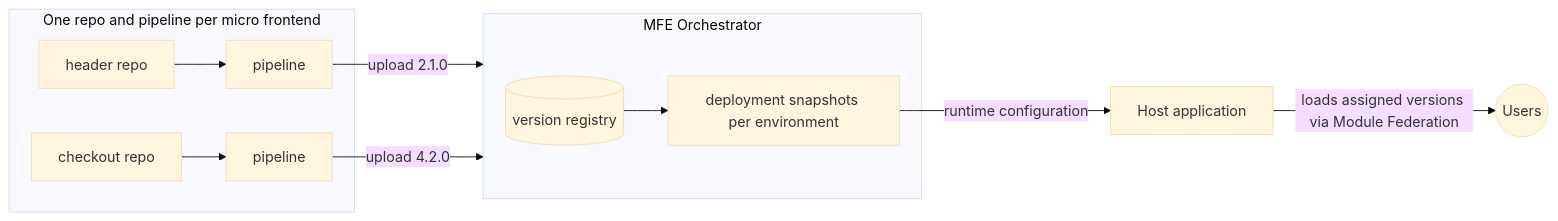
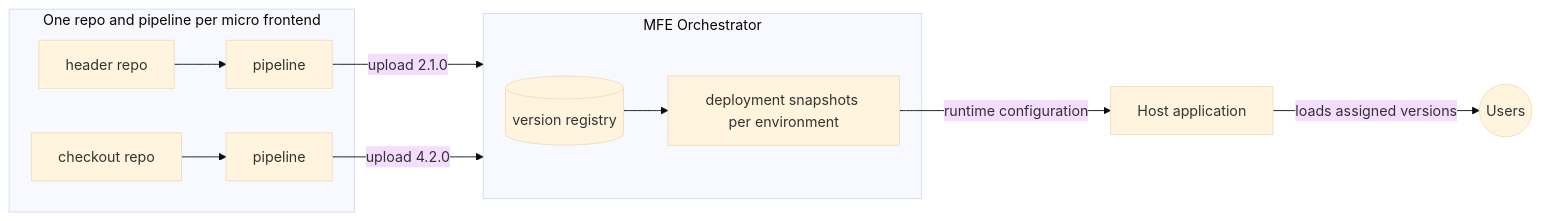
Before and after one commit to mfe-orchestrator/mfe-orchestrator: the diagram in README.md, drawn with Mermaid (base theme). The commit also changed other lines of this file and 1 other file, not shown here.

````diff
--- a/README.md
+++ b/README.md
@@ -74,14 +114,14 @@
 ```mermaid
 flowchart LR
     subgraph teams [One repo and pipeline per micro frontend]
         MFE1[header repo] --> CI1[pipeline]
         MFE2[checkout repo] --> CI2[pipeline]
     end
     CI1 -- "upload 2.1.0" --> ORCH
     CI2 -- "upload 4.2.0" --> ORCH
     subgraph ORCH [MFE Orchestrator]
         REG[(version registry)] --> DEP[deployment snapshots per environment]
     end
     DEP -- "runtime configuration" --> HOST[Host application]
-    HOST -- "loads assigned versions via Module Federation" --> USERS((Users))
+    HOST -- "loads assigned versions" --> USERS((Users))
 ```
````
